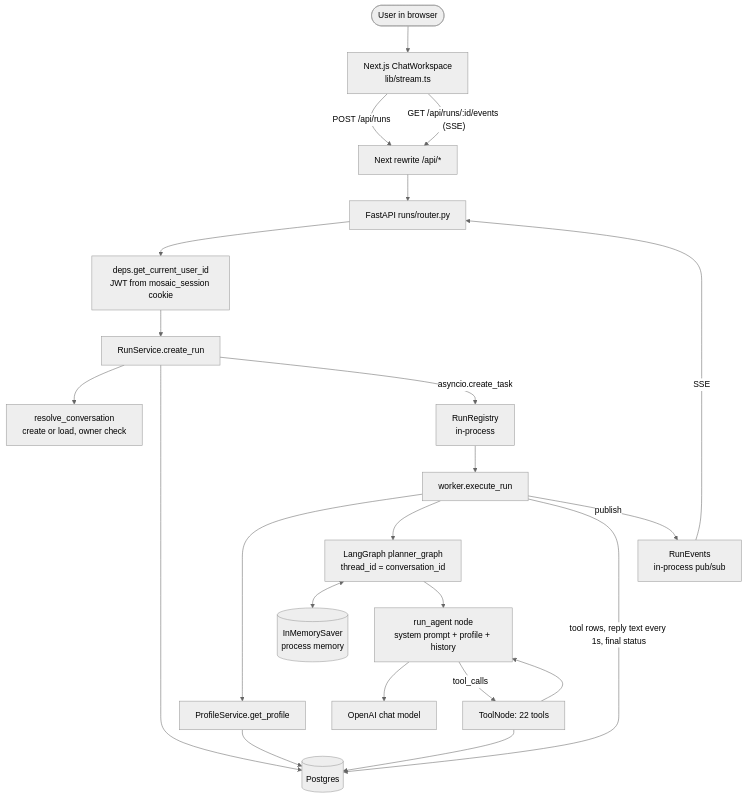
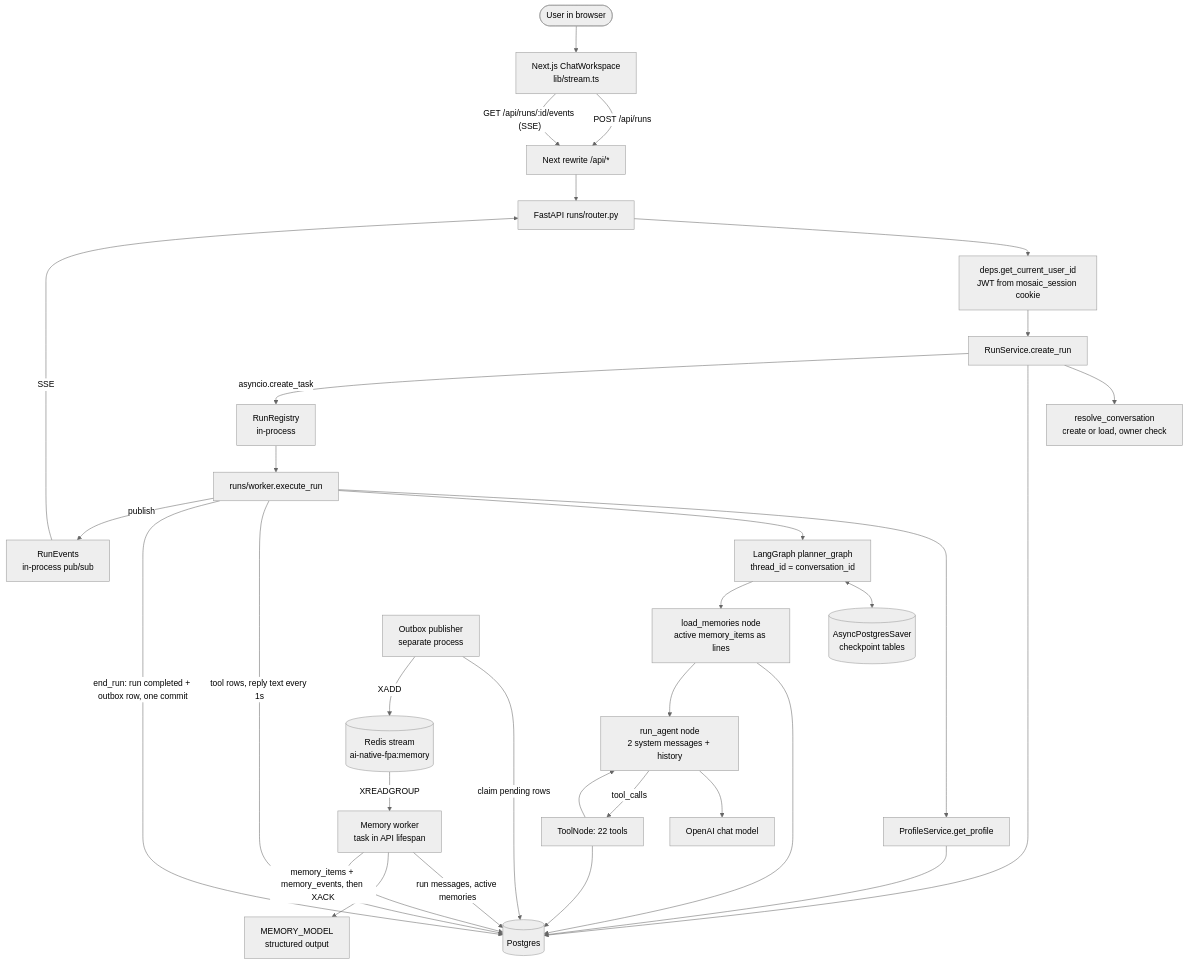
One commit to jay-isampelliwar/ai-native-fpa changed the first of 2 diagrams in docs/PROJECT_CONTEXT.md. Above: the diagram before and after it, drawn with Mermaid (neutral theme). The commit also changed other lines of this file, not shown here.

Commit message:
docs: update project context snapshot with memory management changes

````diff
--- a/docs/PROJECT_CONTEXT.md
+++ b/docs/PROJECT_CONTEXT.md
@@ -116,28 +160,38 @@
 ```mermaid
 flowchart TD
     User([User in browser]) --> FE[Next.js ChatWorkspace<br/>lib/stream.ts]
     FE -- "POST /api/runs" --> Proxy[Next rewrite /api/*]
     FE -- "GET /api/runs/:id/events (SSE)" --> Proxy
     Proxy --> API[FastAPI runs/router.py]
 
     API --> Auth[deps.get_current_user_id<br/>JWT from mosaic_session cookie]
     Auth --> RunSvc[RunService.create_run]
     RunSvc --> Conv[resolve_conversation<br/>create or load, owner check]
     RunSvc --> DB[(Postgres)]
     RunSvc -- "asyncio.create_task" --> Registry[RunRegistry<br/>in-process]
-    Registry --> Worker[worker.execute_run]
+    Registry --> Worker[runs/worker.execute_run]
 
     Worker --> Profile[ProfileService.get_profile]
     Profile --> DB
     Worker --> Graph[LangGraph planner_graph<br/>thread_id = conversation_id]
-    Graph <--> Ckpt[(InMemorySaver<br/>process memory)]
-    Graph --> Agent[run_agent node<br/>system prompt + profile + history]
+    Graph <--> Ckpt[(AsyncPostgresSaver<br/>checkpoint tables)]
+    Graph --> LoadMem[load_memories node<br/>active memory_items as lines]
+    LoadMem --> DB
+    LoadMem --> Agent[run_agent node<br/>2 system messages + history]
     Agent --> LLM[OpenAI chat model]
     Agent -- tool_calls --> Tools[ToolNode: 22 tools]
     Tools --> DB
     Tools --> Agent
 
-    Worker -- "tool rows, reply text every 1s, final status" --> DB
+    Worker -- "tool rows, reply text every 1s" --> DB
+    Worker -- "end_run: run completed + outbox row, one commit" --> DB
     Worker -- publish --> Events[RunEvents<br/>in-process pub/sub]
     Events -- SSE --> API
+
+    Publisher[Outbox publisher<br/>separate process] -- "claim pending rows" --> DB
+    Publisher -- XADD --> Stream[(Redis stream<br/>ai-native-fpa:memory)]
+    Stream -- XREADGROUP --> MemWorker[Memory worker<br/>task in API lifespan]
+    MemWorker -- "run messages, active memories" --> DB
+    MemWorker --> MemLLM[MEMORY_MODEL<br/>structured output]
+    MemWorker -- "memory_items + memory_events, then XACK" --> DB
 ```
````
